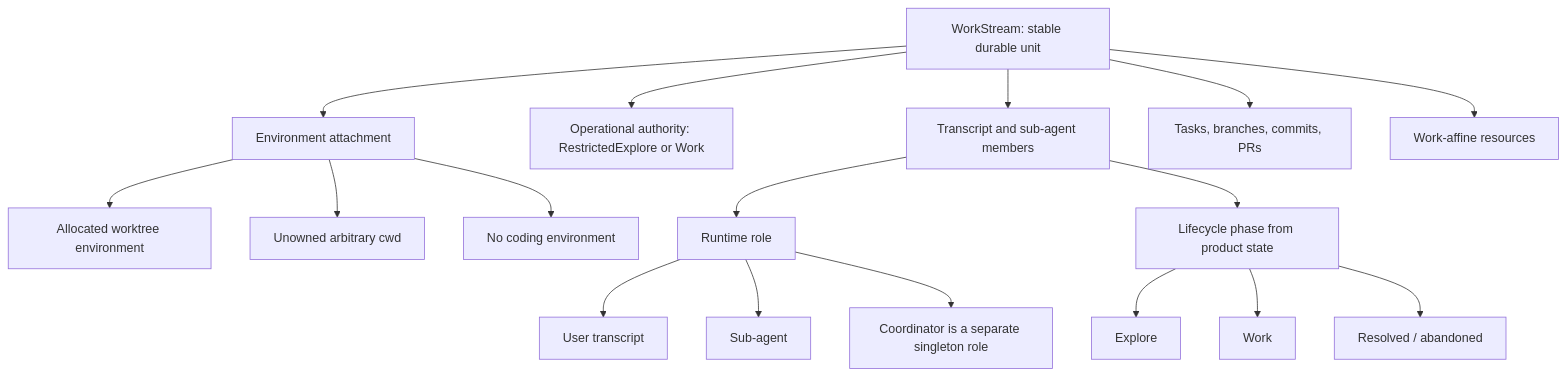
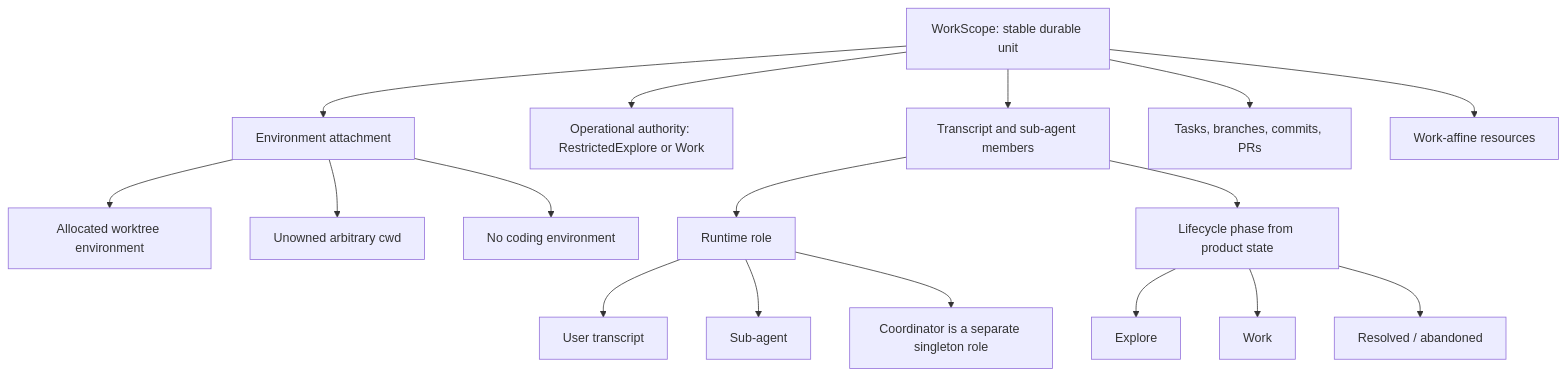
The third of 5 diagrams in docs/research/conversation-authority-runtime-posture-plan.md (scottopell/phoenix-ide), drawn with Mermaid before and after one commit. The commit also changed other lines of this file, not shown here.

Commit message:
docs: clarify WorkScope authority model

````diff
--- a/docs/research/conversation-authority-runtime-posture-plan.md
+++ b/docs/research/conversation-authority-runtime-posture-plan.md
@@ -170,22 +170,22 @@
 ```mermaid
 flowchart TD
-    STREAM["WorkStream: stable durable unit"] --> MEMBERS["Transcript and sub-agent members"]
+    STREAM["WorkScope: stable durable unit"] --> MEMBERS["Transcript and sub-agent members"]
     STREAM --> AUTH["Operational authority: RestrictedExplore or Work"]
     STREAM --> ENV["Environment attachment"]
     STREAM --> ART["Tasks, branches, commits, PRs"]
     STREAM --> RES["Work-affine resources"]
 
     ENV --> ALLOC["Allocated worktree environment"]
     ENV --> UNOWNED["Unowned arbitrary cwd"]
     ENV --> NONE["No coding environment"]
 
     MEMBERS --> ROLE["Runtime role"]
     ROLE --> USER["User transcript"]
     ROLE --> SUB["Sub-agent"]
     ROLE --> COORD["Coordinator is a separate singleton role"]
 
     MEMBERS --> PHASE["Lifecycle phase from product state"]
     PHASE --> EXPLORE["Explore"]
     PHASE --> WORK["Work"]
     PHASE --> RESOLVED["Resolved / abandoned"]
 ```
````
